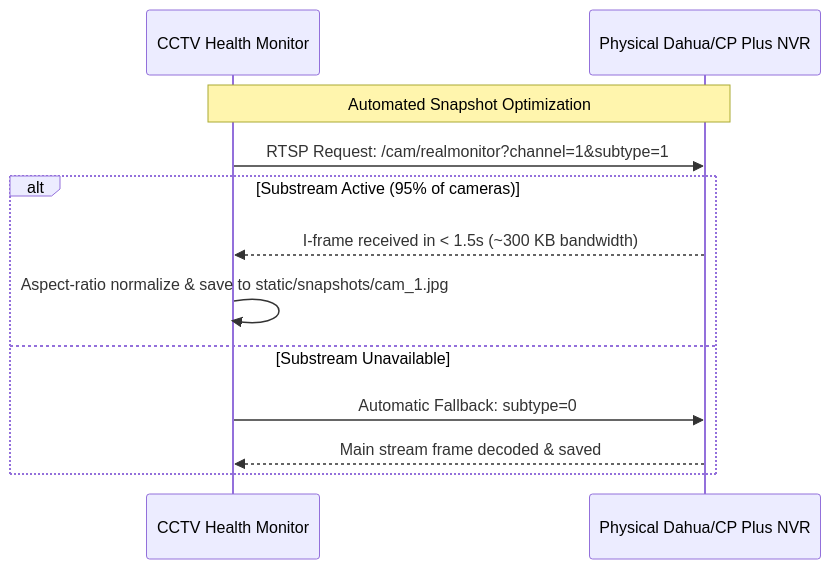
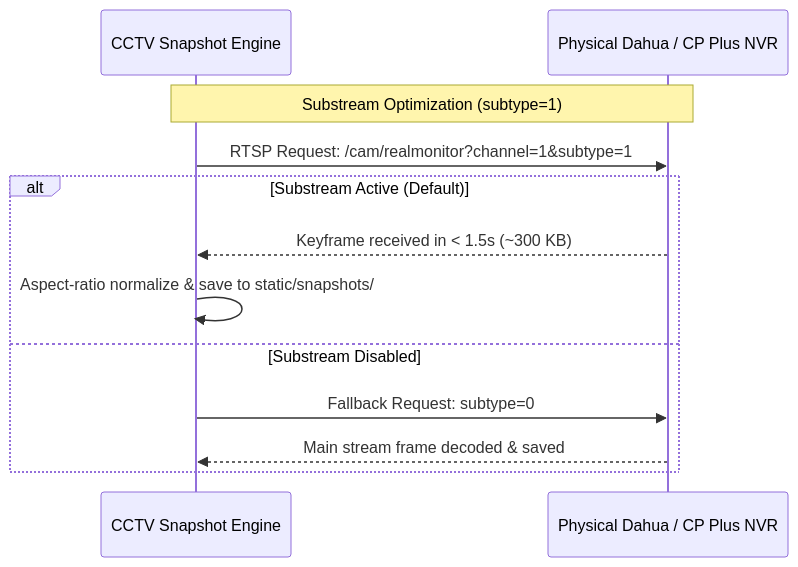
The second of 2 diagrams in README.md (lalitmahajn/CCTV-Health-Monitor), drawn with Mermaid before and after one commit. The commit also changed other lines of this file, not shown here.

Commit message:
docs: Comprehensive overhaul of README with architecture, guides, and badges

````diff
--- a/README.md
+++ b/README.md
@@ -201,15 +242,15 @@
 ```mermaid
 sequenceDiagram
-    participant Engine as CCTV Health Monitor
-    participant NVR as Physical Dahua/CP Plus NVR
+    participant Engine as CCTV Snapshot Engine
+    participant NVR as Physical Dahua / CP Plus NVR
     
-    Note over Engine,NVR: Automated Snapshot Optimization
+    Note over Engine,NVR: Substream Optimization (subtype=1)
     Engine->>NVR: RTSP Request: /cam/realmonitor?channel=1&subtype=1
-    alt Substream Active (95% of cameras)
-        NVR-->>Engine: I-frame received in < 1.5s (~300 KB bandwidth)
-        Engine->>Engine: Aspect-ratio normalize & save to static/snapshots/cam_1.jpg
-    else Substream Unavailable
-        Engine->>NVR: Automatic Fallback: subtype=0
+    alt Substream Active (Default)
+        NVR-->>Engine: Keyframe received in < 1.5s (~300 KB)
+        Engine->>Engine: Aspect-ratio normalize & save to static/snapshots/
+    else Substream Disabled
+        Engine->>NVR: Fallback Request: subtype=0
         NVR-->>Engine: Main stream frame decoded & saved
     end
 ```
````
